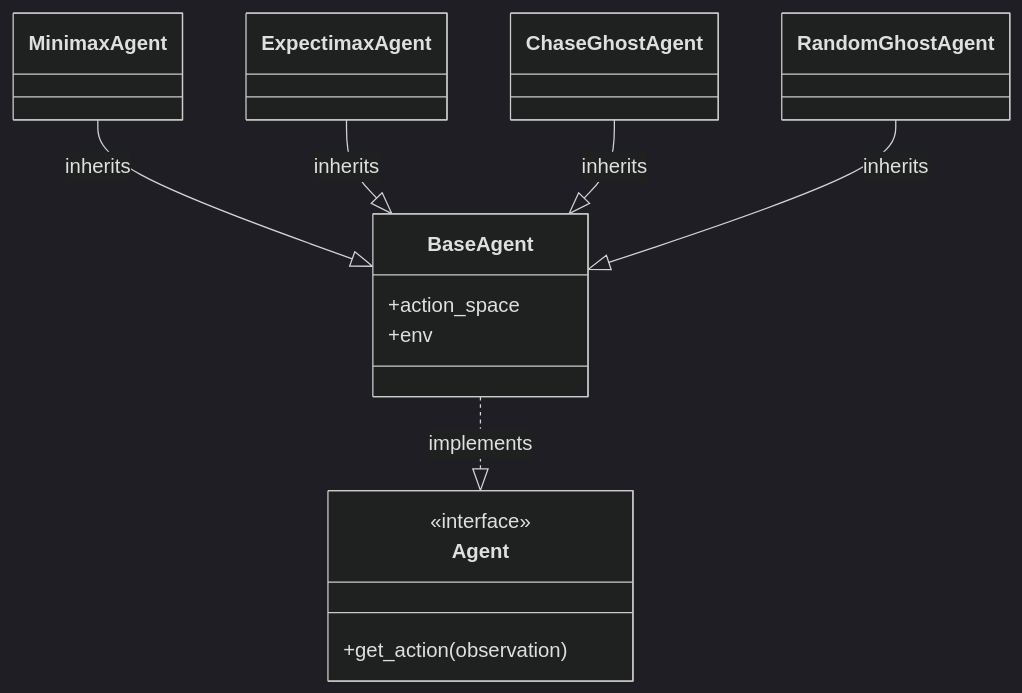
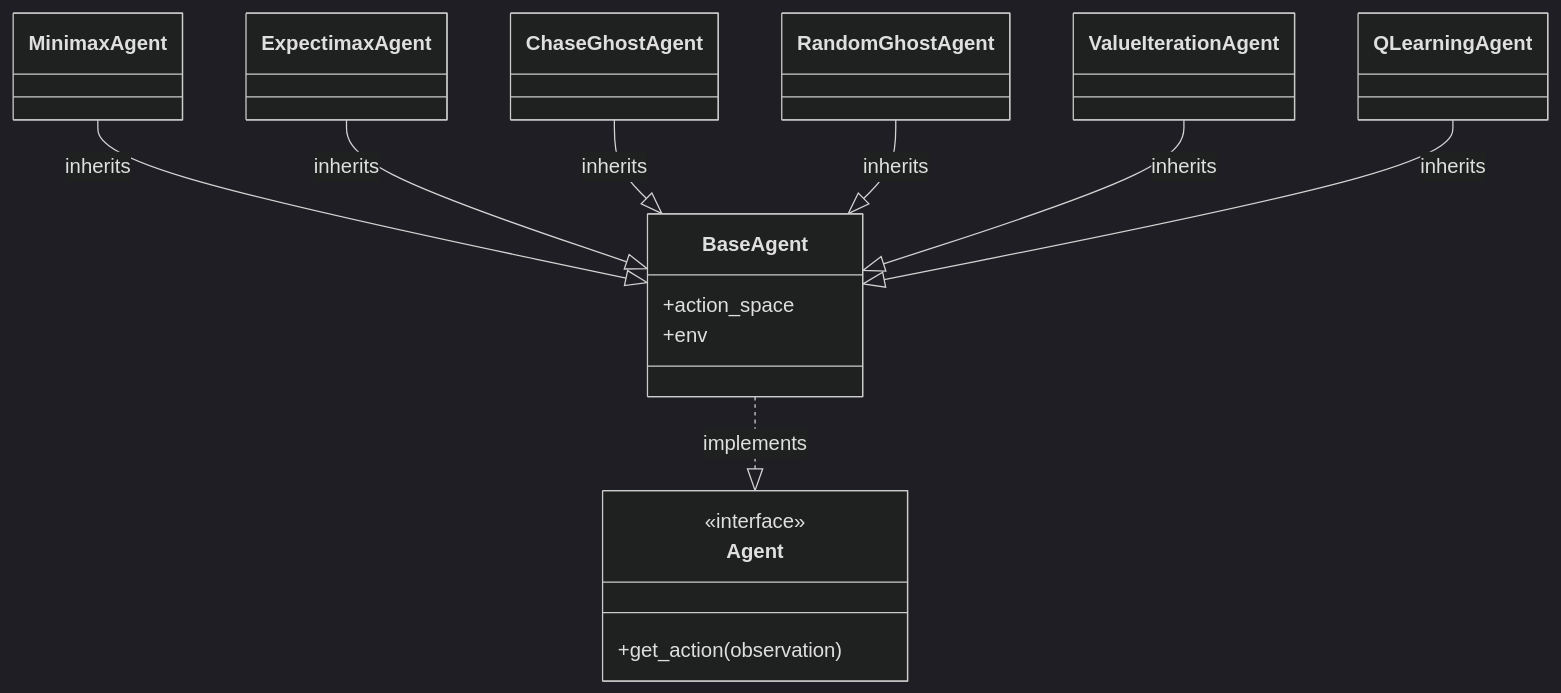
Before and after one commit to dgaida/adversarial2dEnvAI: the fourth of 4 diagrams in docs/de/architecture/index.md, drawn with Mermaid (dark theme). The commit also changed other lines of this file and 4 other files, not shown here.

Commit message:
feat: implement Value Iteration and Q-Learning agents and tutorials

````diff
--- a/docs/de/architecture/index.md
+++ b/docs/de/architecture/index.md
@@ -108,21 +108,25 @@
 ```mermaid
 classDiagram
     class Agent
     <<interface>> Agent
     Agent : +get_action(observation)
 
     class BaseAgent {
         +action_space
         +env
     }
     class MinimaxAgent
     class ExpectimaxAgent
     class ChaseGhostAgent
     class RandomGhostAgent
+    class ValueIterationAgent
+    class QLearningAgent
 
     BaseAgent ..|> Agent : implements
     MinimaxAgent --|> BaseAgent : inherits
     ExpectimaxAgent --|> BaseAgent : inherits
     ChaseGhostAgent --|> BaseAgent : inherits
     RandomGhostAgent --|> BaseAgent : inherits
+    ValueIterationAgent --|> BaseAgent : inherits
+    QLearningAgent --|> BaseAgent : inherits
 ```
````
